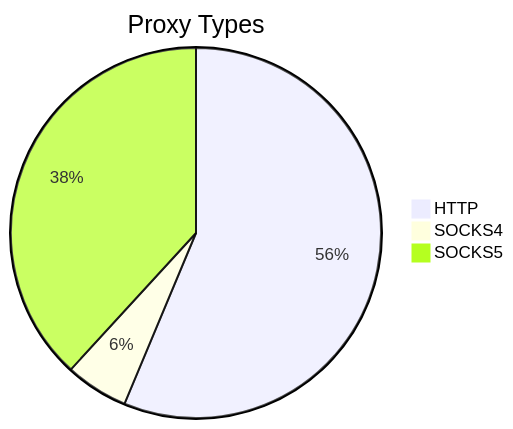
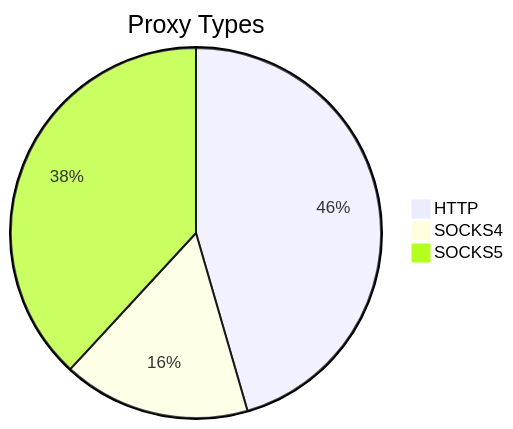
The first of 2 diagrams in README.md (stormsia/proxy-list), drawn with Mermaid before and after one commit. The commit also changed other lines of this file, not shown here.

````diff
--- a/README.md
+++ b/README.md
@@ -21,6 +21,6 @@
 ```mermaid
 pie title Proxy Types
-    "HTTP" : 174
-    "SOCKS4" : 17
-    "SOCKS5" : 118
+    "HTTP" : 370
+    "SOCKS4" : 133
+    "SOCKS5" : 310
 ```
````
